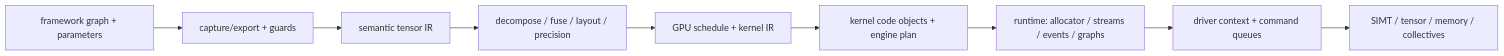
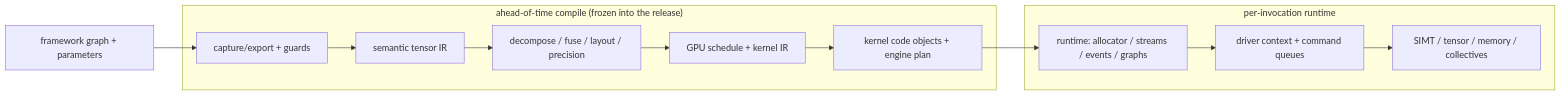
The first of 4 diagrams in 01_Architecture_and_PPA/02_GPU_Architecture/05_AI_Workloads_and_Serving/04_GPU_Framework_Compiler_Kernel_and_Runtime_Implementation_Blueprint.md (Wty2003328/silicon-design-notebook), drawn with Mermaid before and after one commit. The commit also changed 12 other files, not shown here.

Commit message:
Ch01 GPU (memory/scale-up/sim/AI-serving + blueprints): coalescing/bank-conflict/HBM-BW/ring-all-reduce/KV worked examples, tensor-core + paged-KV + NVSwitch HOW-diagrams, blueprint structure diagrams across 13 files. Additive; completes GPU subsystem.

```diff
--- a/01_Architecture_and_PPA/02_GPU_Architecture/05_AI_Workloads_and_Serving/04_GPU_Framework_Compiler_Kernel_and_Runtime_Implementation_Blueprint.md
+++ b/01_Architecture_and_PPA/02_GPU_Architecture/05_AI_Workloads_and_Serving/04_GPU_Framework_Compiler_Kernel_and_Runtime_Implementation_Blueprint.md
@@ -13,11 +13,18 @@
 ~~~mermaid
 flowchart LR
     FW["framework graph + parameters"] --> CAP["capture/export + guards"]
-    CAP --> IR["semantic tensor IR"]
-    IR --> OPT["decompose / fuse / layout / precision"]
-    OPT --> LOW["GPU schedule + kernel IR"]
-    LOW --> BIN["kernel code objects + engine plan"]
-    BIN --> RT["runtime: allocator / streams / events / graphs"]
-    RT --> DRV["driver context + command queues"]
-    DRV --> GPU["SIMT / tensor / memory / collectives"]
+    subgraph AOT["ahead-of-time compile (frozen into the release)"]
+        CAP --> IR["semantic tensor IR"]
+        IR --> OPT["decompose / fuse / layout / precision"]
+        OPT --> LOW["GPU schedule + kernel IR"]
+        LOW --> BIN["kernel code objects + engine plan"]
+    end
+    subgraph RUN["per-invocation runtime"]
+        RT["runtime: allocator / streams / events / graphs"]
+        DRV["driver context + command queues"]
+        GPU["SIMT / tensor / memory / collectives"]
+    end
+    BIN --> RT
+    RT --> DRV
+    DRV --> GPU
 ~~~
```
